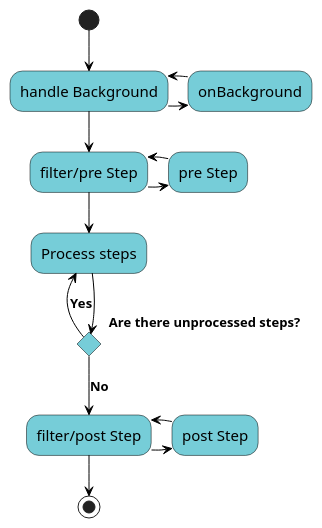
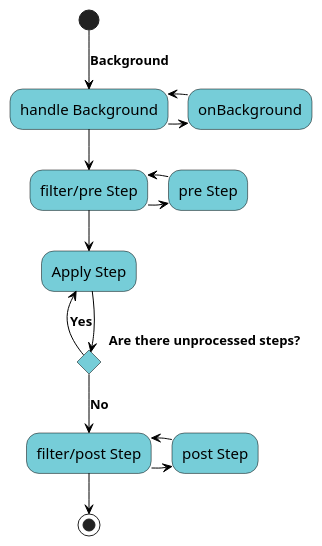
Before and after one commit to gherking/gherking-docs: the diagram in src/data/background.puml, drawn with PlantUML. The commit also changed 11 other files, not shown here.

Commit message:
plantuml visualization of the precompiler

```diff
--- a/src/data/background.puml
+++ b/src/data/background.puml
@@ -1,26 +1,26 @@
 @startuml
 skinparam activity {
 BackgroundColor #76CDD8
 ArrowColor black
 ArrowFontSize 13
 ArrowFontStyle bold
 ArrowFontName Segoe UI
 BorderColor black
 FontName Segoe UI
 FontSize 15
 }
-(*) --> "handle Background"
+(*) -->[Background] "handle Background"
 -right-> "onBackground"
 -left-> "handle Background"
 --> "filter/pre Step"
 -right-> "pre Step"
 -left-> "filter/pre Step"
---> "Process steps"
+--> "Apply Step"
 If "Are there unprocessed steps?"
--left-> [Yes] "Process steps"
+-left-> [Yes] "Apply Step"
 else
 --> [No] "filter/post Step"
 -right-> "post Step"
 -left-> "filter/post Step"
 --> (*)
 @enduml
```
